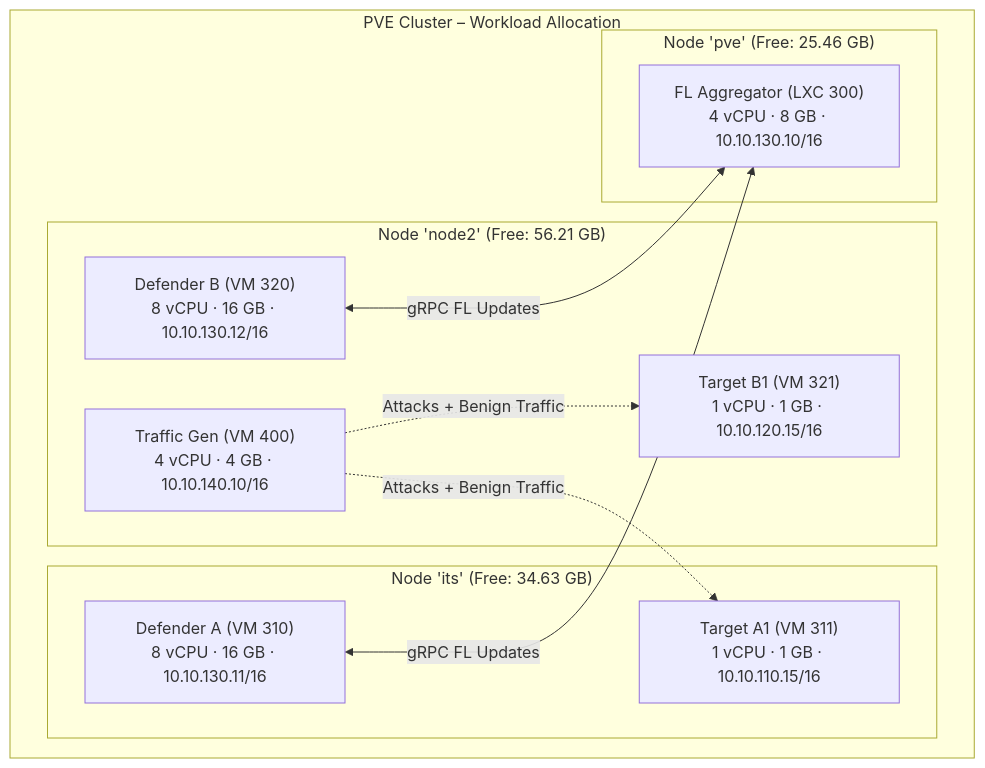
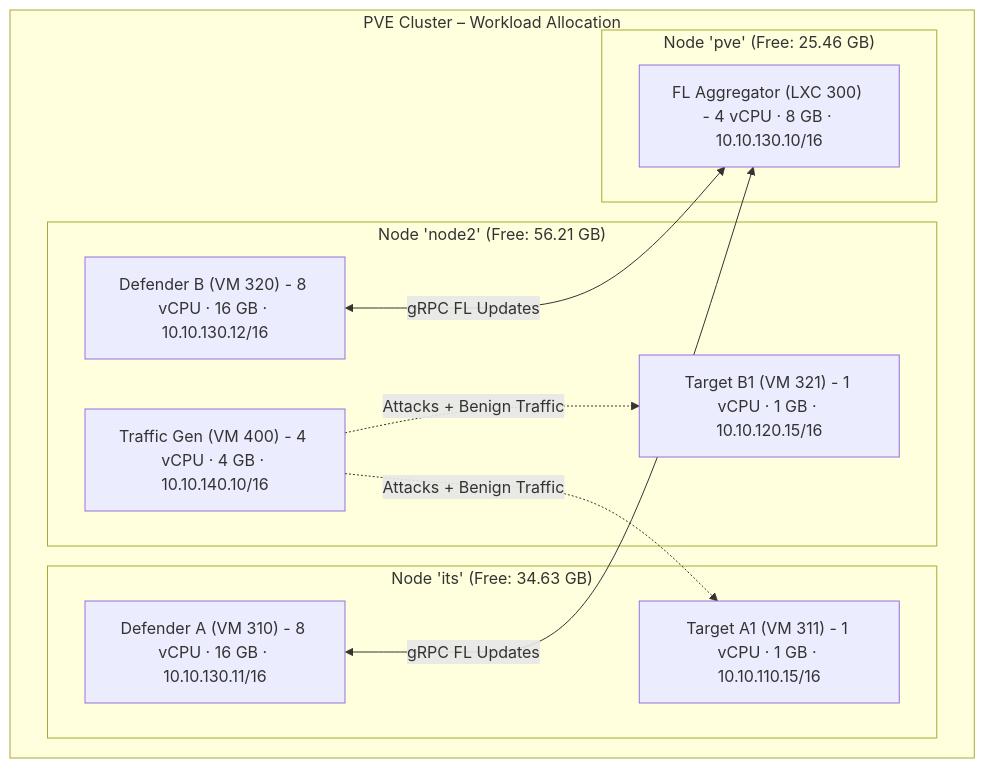
The second of 6 diagrams in docs/00_research_paper.md (rhaffle87/fl-cl), drawn with Mermaid before and after one commit. The commit also changed other lines of this file, not shown here.

Commit message:
docs: add research paper detailing hybrid FL-CL architecture for encrypted network defense

````diff
--- a/docs/00_research_paper.md
+++ b/docs/00_research_paper.md
@@ -172,21 +172,21 @@
 ```mermaid
 graph TD
     subgraph cluster ["PVE Cluster – Workload Allocation"]
         subgraph its ["Node 'its' (Free: 34.63 GB)"]
-            DA["Defender A (VM 310)<br/>8 vCPU · 16 GB · 10.10.130.11/16"]
-            TA["Target A1 (VM 311)<br/>1 vCPU · 1 GB · 10.10.110.15/16"]
+            DA["Defender A (VM 310) - 8 vCPU · 16 GB · 10.10.130.11/16"]
+            TA["Target A1 (VM 311) - 1 vCPU · 1 GB · 10.10.110.15/16"]
         end
         subgraph node2 ["Node 'node2' (Free: 56.21 GB)"]
-            DB["Defender B (VM 320)<br/>8 vCPU · 16 GB · 10.10.130.12/16"]
-            TB["Target B1 (VM 321)<br/>1 vCPU · 1 GB · 10.10.120.15/16"]
-            TG["Traffic Gen (VM 400)<br/>4 vCPU · 4 GB · 10.10.140.10/16"]
+            DB["Defender B (VM 320) - 8 vCPU · 16 GB · 10.10.130.12/16"]
+            TB["Target B1 (VM 321) - 1 vCPU · 1 GB · 10.10.120.15/16"]
+            TG["Traffic Gen (VM 400) - 4 vCPU · 4 GB · 10.10.140.10/16"]
         end
         subgraph pve ["Node 'pve' (Free: 25.46 GB)"]
-            AG["FL Aggregator (LXC 300)<br/>4 vCPU · 8 GB · 10.10.130.10/16"]
+            AG["FL Aggregator (LXC 300) - 4 vCPU · 8 GB · 10.10.130.10/16"]
         end
     end
     TG -.->|Attacks + Benign Traffic| TA
     TG -.->|Attacks + Benign Traffic| TB
     DA <-->|gRPC FL Updates| AG
     DB <-->|gRPC FL Updates| AG
 ```
````
